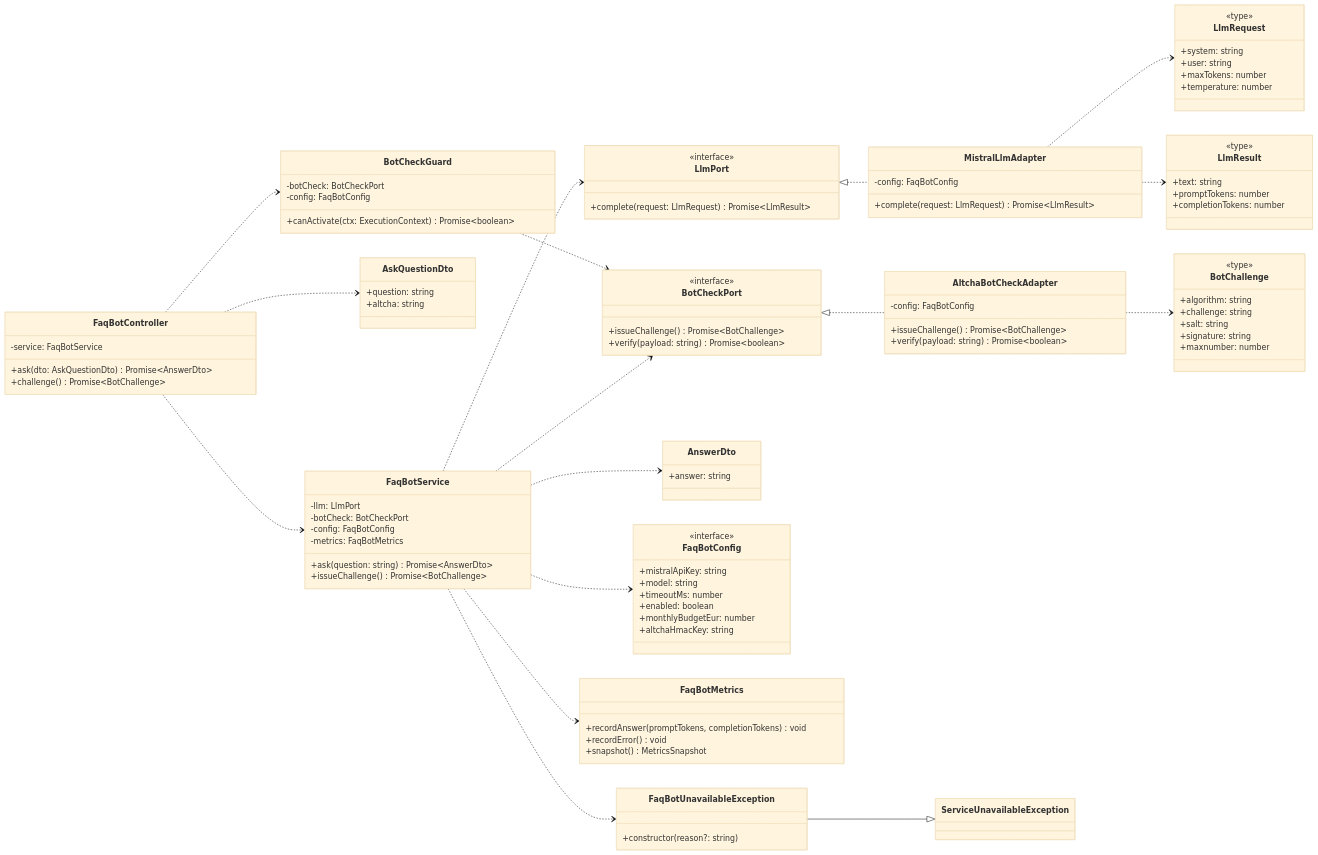
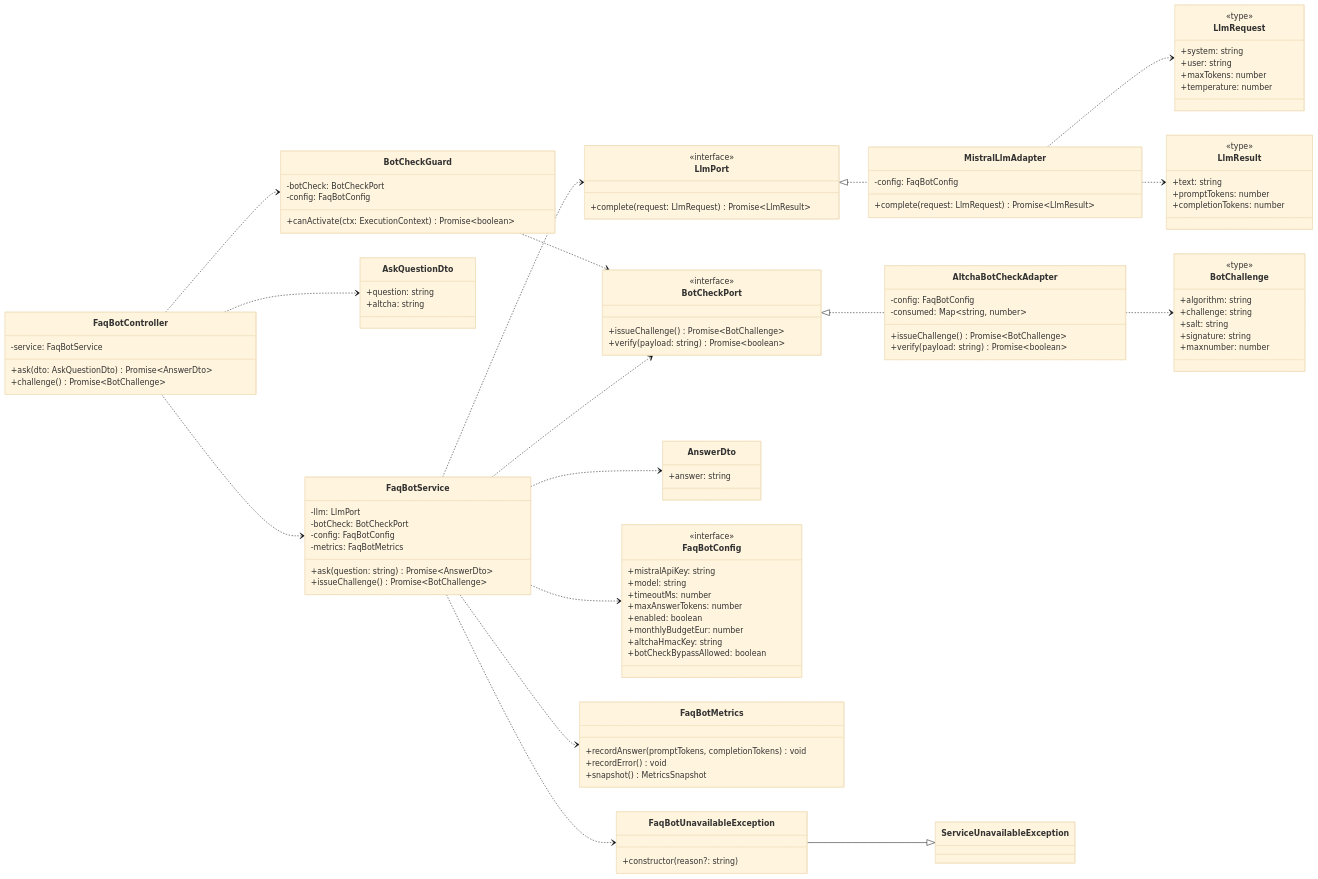
The diagram in docs/architecture/diagrams/faq-bot/04-class.md (benoit-bremaud/brasse-bouillon), drawn with Mermaid (base theme) before and after one commit. The commit also changed other lines of this file and 8 other files, not shown here.

```diff
--- a/docs/architecture/diagrams/faq-bot/04-class.md
+++ b/docs/architecture/diagrams/faq-bot/04-class.md
@@ -59,6 +59,7 @@
     }
     class AltchaBotCheckAdapter {
         -config: FaqBotConfig
+        -consumed: Map~string, number~
         +issueChallenge() Promise~BotChallenge~
         +verify(payload: string) Promise~boolean~
     }
@@ -85,9 +86,11 @@
         +mistralApiKey: string
         +model: string
         +timeoutMs: number
+        +maxAnswerTokens: number
         +enabled: boolean
         +monthlyBudgetEur: number
         +altchaHmacKey: string
+        +botCheckBypassAllowed: boolean
     }
 
     class FaqBotMetrics {
```
